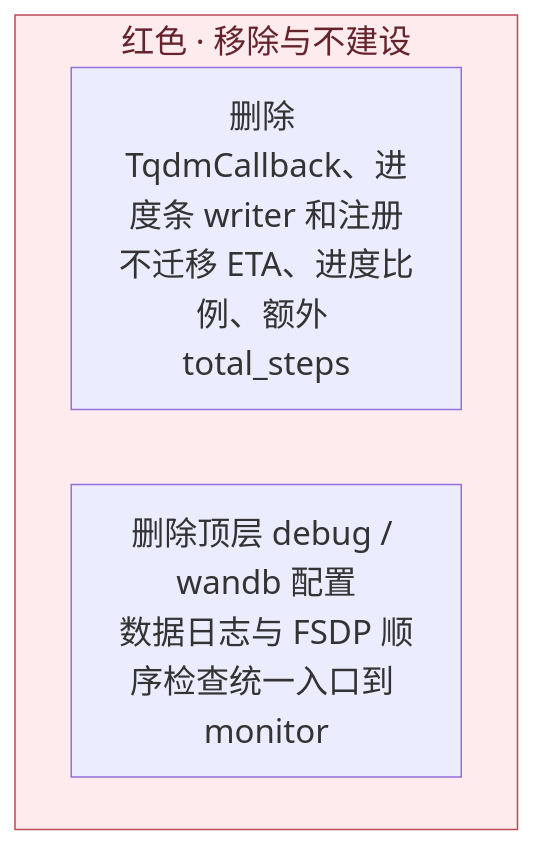
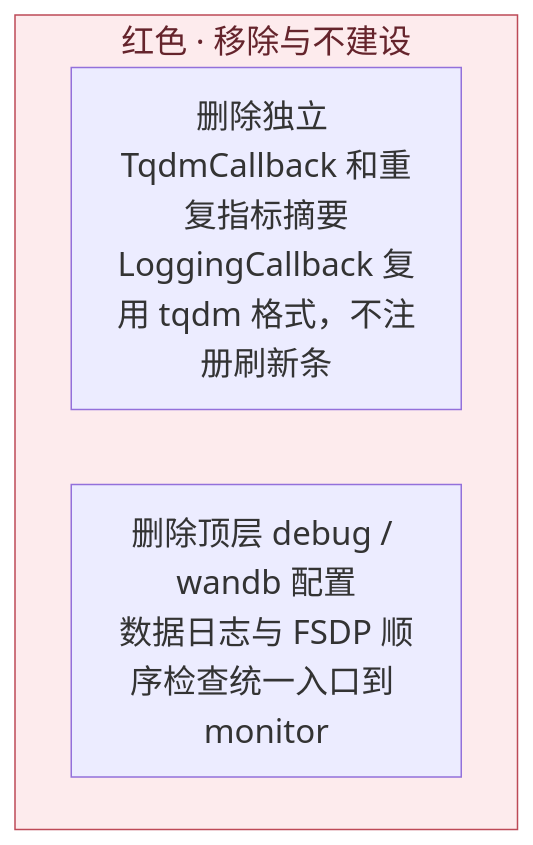
Before and after one commit to mindspore-ai/hyper-parallel: the second of 2 diagrams in docs/design/trainer_monitoring_plan.md, drawn with Mermaid. The commit also changed other lines of this file and 13 other files, not shown here.

````diff
--- a/docs/design/trainer_monitoring_plan.md
+++ b/docs/design/trainer_monitoring_plan.md
@@ -42,9 +45,9 @@
 ```mermaid
 %%{init: {"themeVariables": {"fontSize": "22px"}}}%%
 flowchart TB
     subgraph REMOVE["红色 · 移除与不建设"]
-        X["删除 TqdmCallback、进度条 writer 和注册<br/>不迁移 ETA、进度比例、额外 total_steps"]
+        X["删除独立 TqdmCallback 和重复指标摘要<br/>LoggingCallback 复用 tqdm 格式，不注册刷新条"]
         Y["删除顶层 debug / wandb 配置<br/>数据日志与 FSDP 顺序检查统一入口到 monitor"]
     end
     style REMOVE fill:#fdebed,stroke:#bd4a57,color:#65242c
 ```
````
